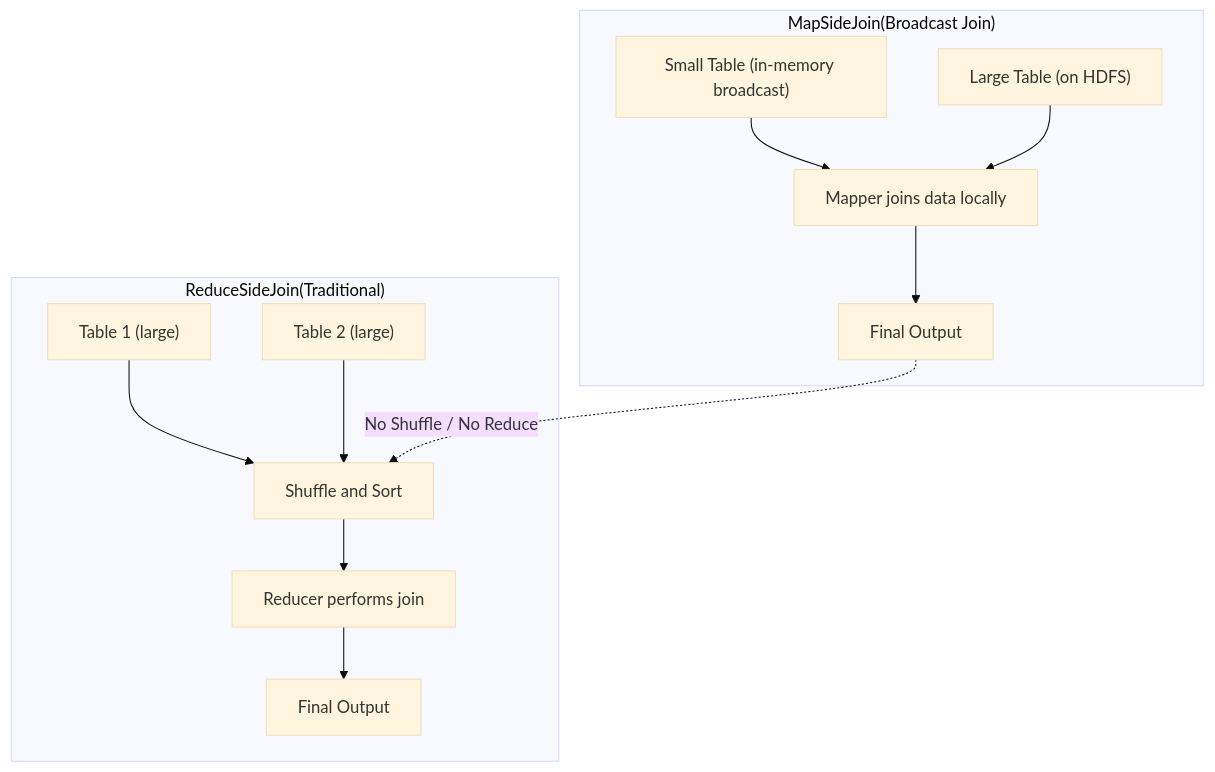
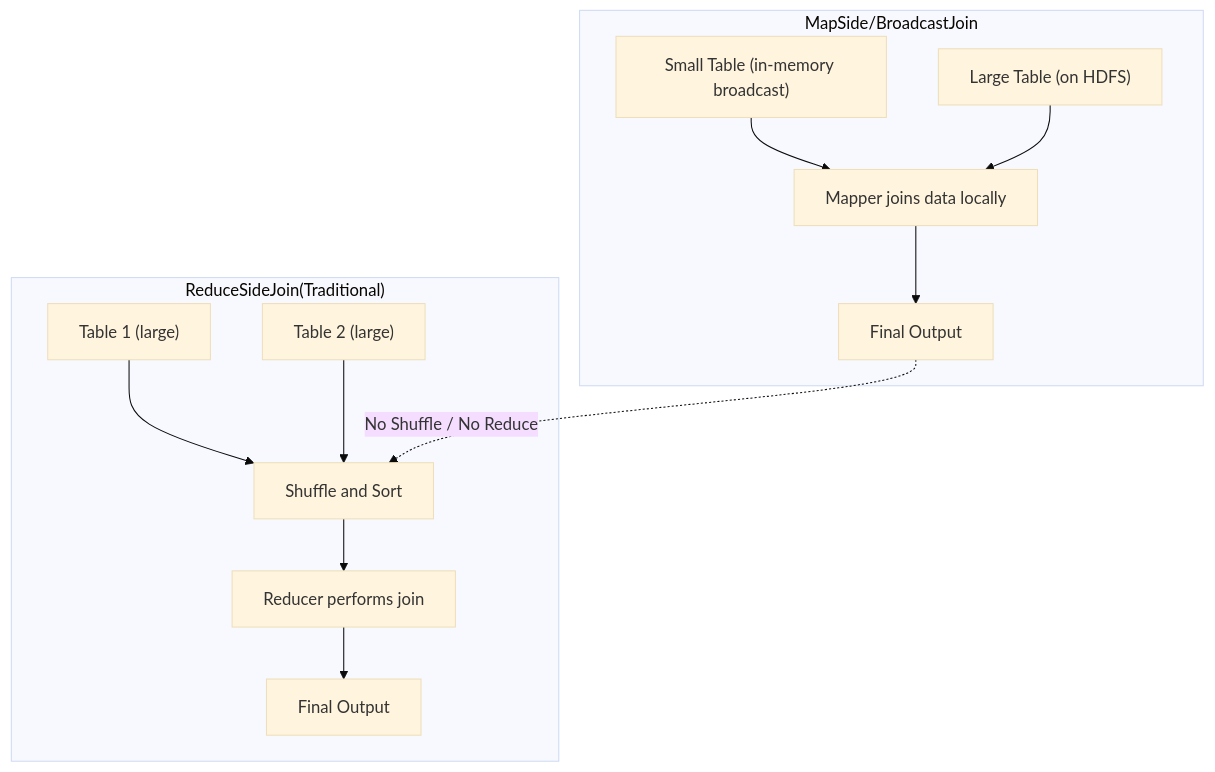
The diagram in 15-Hive-Performance-Tuning.md (muralitheda/apache-hive), drawn with Mermaid (base theme) before and after one commit.

Commit message:
latest changes

````diff
--- a/15-Hive-Performance-Tuning.md
+++ b/15-Hive-Performance-Tuning.md
@@ -797,28 +797,28 @@
 ```mermaid
 flowchart TD
-    subgraph "MapSideJoin(Broadcast Join)"
+    subgraph "MapSide/BroadcastJoin"
         A1["Small Table (in-memory broadcast)"]
         A2["Large Table (on HDFS)"]
         A3["Mapper joins data locally"]
         A4["Final Output"]
         
         A1 --> A3
         A2 --> A3
         A3 --> A4
     end
 
     subgraph "ReduceSideJoin(Traditional)"
         B1["Table 1 (large)"]
         B2["Table 2 (large)"]
         B3["Shuffle and Sort"]
         B4["Reducer performs join"]
         B5["Final Output"]
 
         B1 --> B3
         B2 --> B3
         B3 --> B4
         B4 --> B5
     end
 
     A4 -.->|"No Shuffle / No Reduce"| B3
 ```
````
